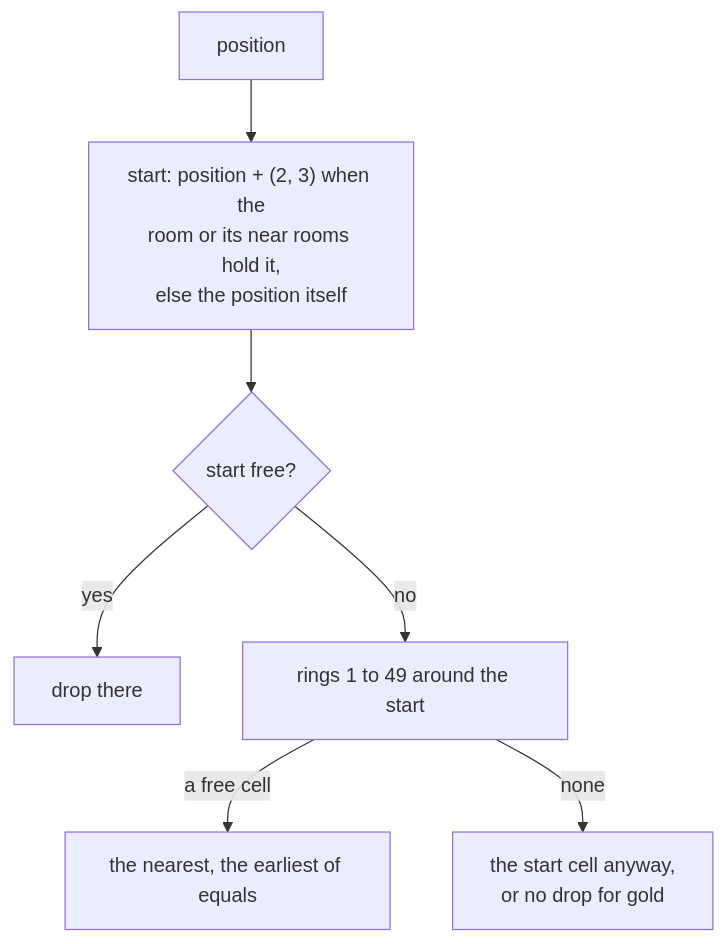
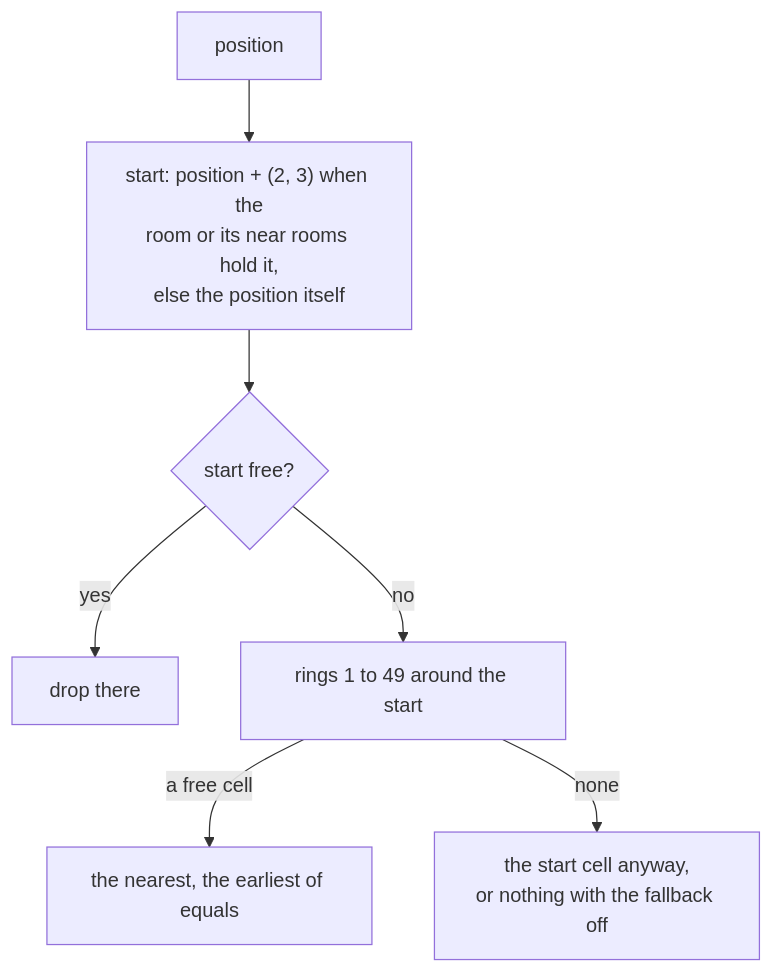
One commit to IgorKonovalov/diablo-2-recompilation changed the fifth of 6 diagrams in docs/wiki/inventory.md. Above: the diagram before and after it, drawn with Mermaid. The commit also changed other lines of this file and 19 other files, not shown here.

````diff
--- a/docs/wiki/inventory.md
+++ b/docs/wiki/inventory.md
@@ -320,9 +323,9 @@
 ```mermaid
 flowchart TD
   p["position"] --> s["start: position + (2, 3) when the<br/>room or its near rooms hold it,<br/>else the position itself"]
   s --> t{"start free?"}
   t -->|yes| ok["drop there"]
   t -->|no| rr["rings 1 to 49 around the start"]
   rr -->|"a free cell"| b["the nearest, the earliest of equals"]
-  rr -->|none| f["the start cell anyway,<br/>or no drop for gold"]
+  rr -->|none| f["the start cell anyway,<br/>or nothing with the fallback off"]
 ```
````
